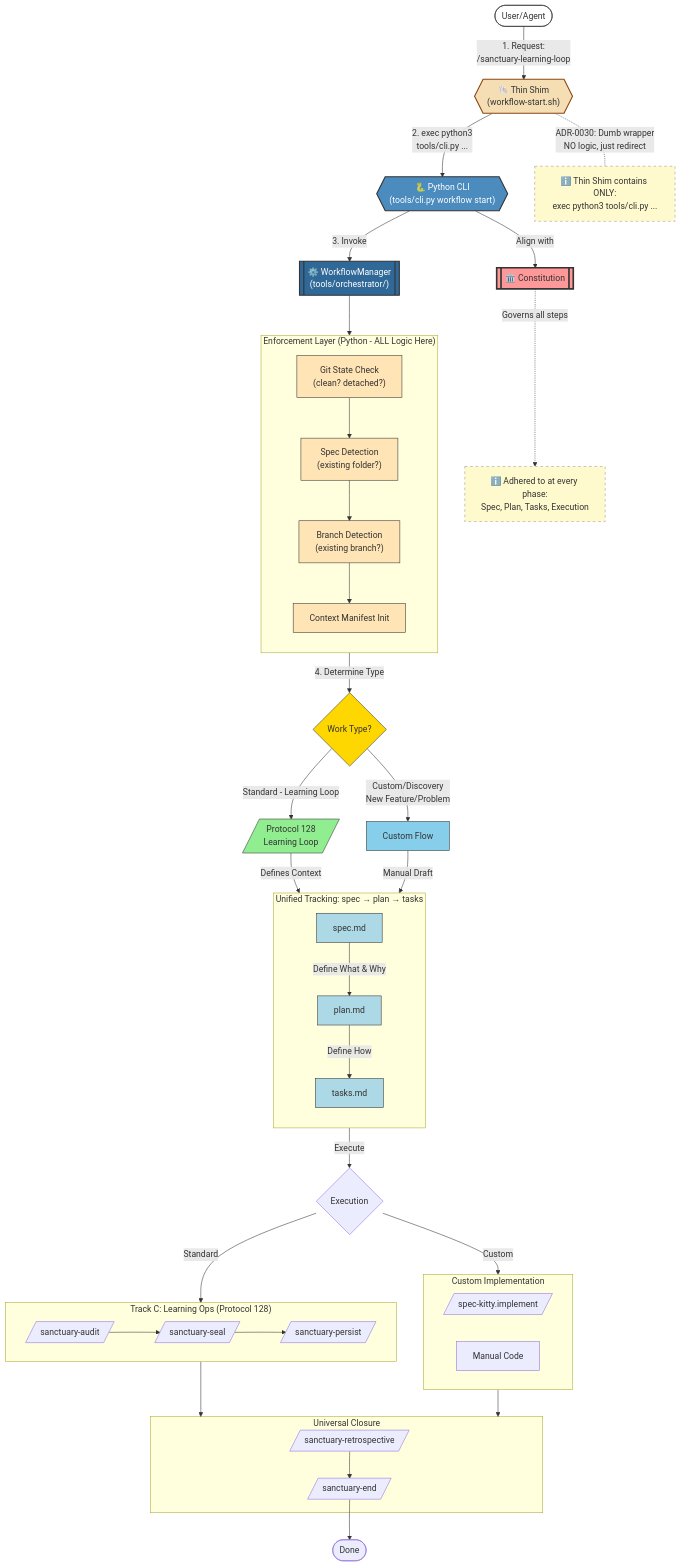
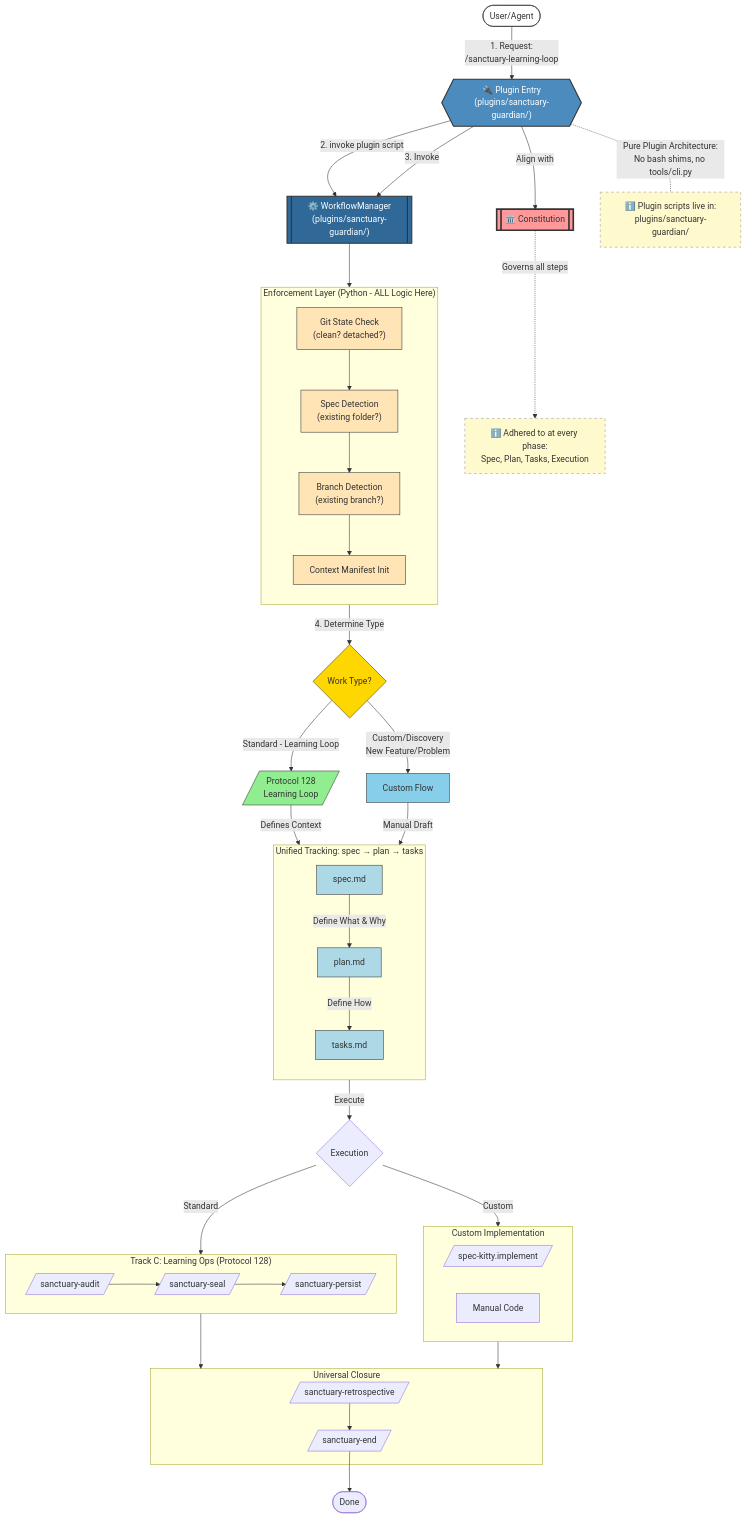
Before and after one commit to richfrem/Project_Sanctuary: the diagram in docs/diagrams/analysis/sdd-workflow-comparison/hybrid-spec-workflow.mmd, drawn with Mermaid. The commit also changed 270 other files, not shown here.

```diff
--- a/docs/diagrams/analysis/sdd-workflow-comparison/hybrid-spec-workflow.mmd
+++ b/docs/diagrams/analysis/sdd-workflow-comparison/hybrid-spec-workflow.mmd
@@ -1,112 +1,110 @@
 graph TD
     User([User/Agent])
     Constitution[["🏛️ Constitution"]]
-    ThinShim{{"🐚 Thin Shim<br/>(workflow-start.sh)"}}
-    PythonCLI{{"🐍 Python CLI<br/>(tools/cli.py workflow start)"}}
-    Orchestrator[["⚙️ WorkflowManager<br/>(tools/orchestrator/)"]]
+    PluginEntry{{"🔌 Plugin Entry\n(plugins/sanctuary-guardian/)"}}
+    Orchestrator[["⚙️ WorkflowManager\n(plugins/sanctuary-guardian/)"]]
 
-    User -->|"1. Request:<br/>/sanctuary-learning-loop"| ThinShim
+    User -->|"1. Request:<br/>/sanctuary-learning-loop"| PluginEntry
     
-    %% Shim is pass-through
-    ThinShim -->|"2. exec python3<br/>tools/cli.py ..."| PythonCLI
+    %% Plugin is the direct entry point (no shim layer)
+    PluginEntry -->|"2. invoke plugin script"| Orchestrator
     
     %% Constitution aligned at start
-    PythonCLI -->|Align with| Constitution
+    PluginEntry -->|Align with| Constitution
     
-    %% Annotation about the shim
-    ThinShim -.-|"ADR-0030: Dumb wrapper<br/>NO logic, just redirect"| ShimNote["ℹ️ Thin Shim contains ONLY:<br/>exec python3 tools/cli.py ..."]
+    %% Annotation about the architecture
+    PluginEntry -.-|"Pure Plugin Architecture:<br/>No bash shims, no tools/cli.py"| ShimNote["ℹ️ Plugin scripts live in:<br/>plugins/sanctuary-guardian/"]
     
     %% Constitution governs all
     Constitution -.->|"Governs all steps"| Note["ℹ️ Adhered to at every phase:<br/>Spec, Plan, Tasks, Execution"]
     
     %% Python Orchestrator handles enforcement
-    PythonCLI -->|3. Invoke| Orchestrator
+    PluginEntry -->|3. Invoke| Orchestrator
     
     subgraph Enforcement ["Enforcement Layer (Python - ALL Logic Here)"]
         direction TB
         GitCheck["Git State Check<br/>(clean? detached?)"]
         SpecCheck["Spec Detection<br/>(existing folder?)"]
         BranchCheck["Branch Detection<br/>(existing branch?)"]
         ContextInit["Context Manifest Init"]
         
         GitCheck --> SpecCheck
         SpecCheck --> BranchCheck
         BranchCheck --> ContextInit
     end
     
     Orchestrator --> GitCheck
     
     %% Router determines TYPE of work
     ContextInit -->|4. Determine Type| TypeCheck{Work Type?}
     
     TypeCheck -->|Standard - Learning Loop| Scout[/"Protocol 128<br/>Learning Loop"/]
     TypeCheck -->|Custom/Discovery<br/>New Feature/Problem| CustomFlow[Custom Flow]
     
     %% BOTH tracks create Spec-Plan-Tasks (Unified Tracking)
     subgraph UnifiedTracking ["Unified Tracking: spec → plan → tasks"]
         direction TB
         Spec[spec.md]
         Plan[plan.md]
         Tasks[tasks.md]
         
         Spec -->|Define What & Why| Plan
         Plan -->|Define How| Tasks
     end
     
     Scout -->|Defines Context| Spec
     CustomFlow -->|Manual Draft| Spec
     
     %% Execution: Tasks drive work
     Tasks -->|Execute| Execution{Execution}
     
     %% Standard goes to Learning Ops
     Execution -->|Standard| LearningOps
     
     %% Custom goes to Implementation
     Execution -->|Custom| CustomImpl
     subgraph CustomImpl ["Custom Implementation"]
         Implement[/spec-kitty.implement/]
         ManualCode[Manual Code]
     end
     
     %% Learning goes to Protocol Ops
     subgraph LearningOps ["Track C: Learning Ops (Protocol 128)"]
         Audit[/sanctuary-audit/]
         Seal[/sanctuary-seal/]
         Persist[/sanctuary-persist/]
         Audit --> Seal --> Persist
     end
     
     %% Closure
     LearningOps --> Closure
     CustomImpl --> Closure
     
     subgraph Closure ["Universal Closure"]
         Retro[/sanctuary-retrospective/]
         End[/sanctuary-end/]
         Retro --> End
     end
     
     End --> Done([Done])
     
     %% Interaction Links
     click Scout "https://github.com/richfrem/Project_Sanctuary/blob/main/plugins/guardian-onboarding/resources/protocols/protocol_128_learning_loop.mmd" "View Protocol 128 Diagram"
 
     %% Styling
     style User fill:#fff,stroke:#333
     style Constitution fill:#ff9999,stroke:#333,stroke-width:3px
-    style ThinShim fill:#f5deb3,stroke:#8b4513,stroke-width:2px
+    style PluginEntry fill:#4B8BBE,stroke:#333,stroke-width:2px,color:#fff
     style ShimNote fill:#fffacd,stroke:#999,stroke-dasharray:5
-    style PythonCLI fill:#4B8BBE,stroke:#333,stroke-width:2px,color:#fff
     style Orchestrator fill:#306998,stroke:#333,stroke-width:2px,color:#fff
     style Note fill:#fffacd,stroke:#999,stroke-dasharray:5
     style GitCheck fill:#ffe4b5,stroke:#333
     style SpecCheck fill:#ffe4b5,stroke:#333
     style BranchCheck fill:#ffe4b5,stroke:#333
     style ContextInit fill:#ffe4b5,stroke:#333
     style TypeCheck fill:#FFD700,stroke:#333
     style Spec fill:#ADD8E6,stroke:#333
     style Plan fill:#ADD8E6,stroke:#333
     style Tasks fill:#ADD8E6,stroke:#333
     style Scout fill:#90EE90,stroke:#333
     style CustomFlow fill:#87CEEB,stroke:#333
```
